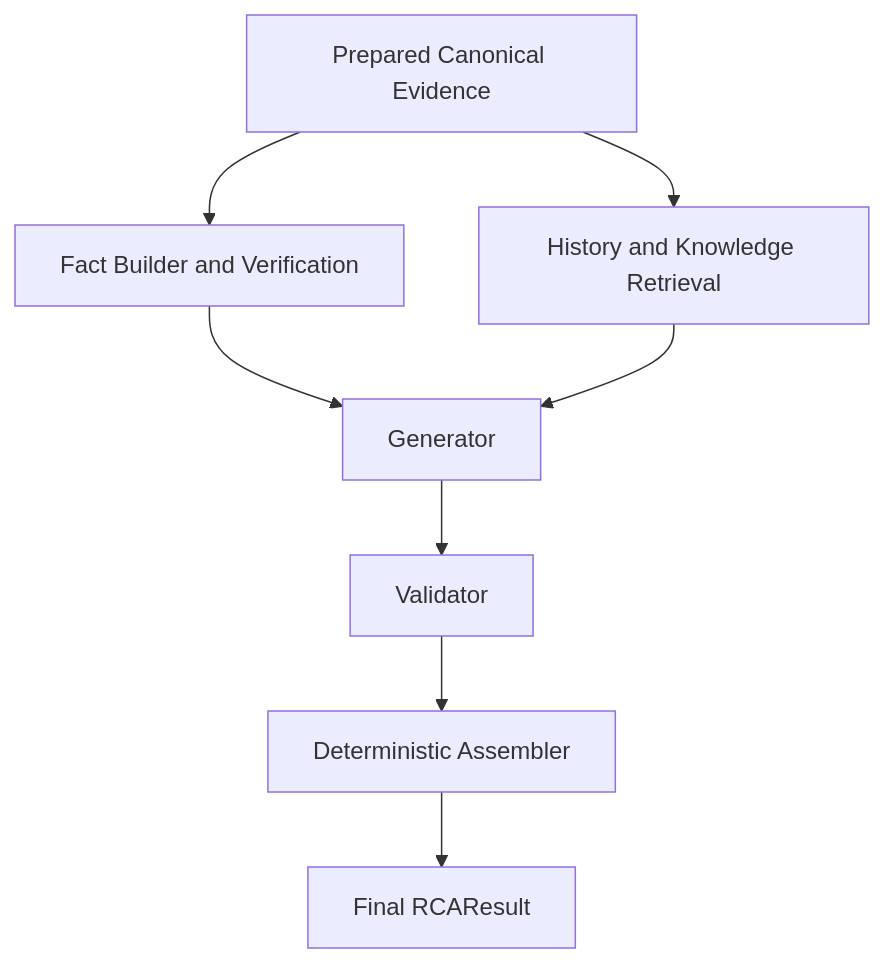
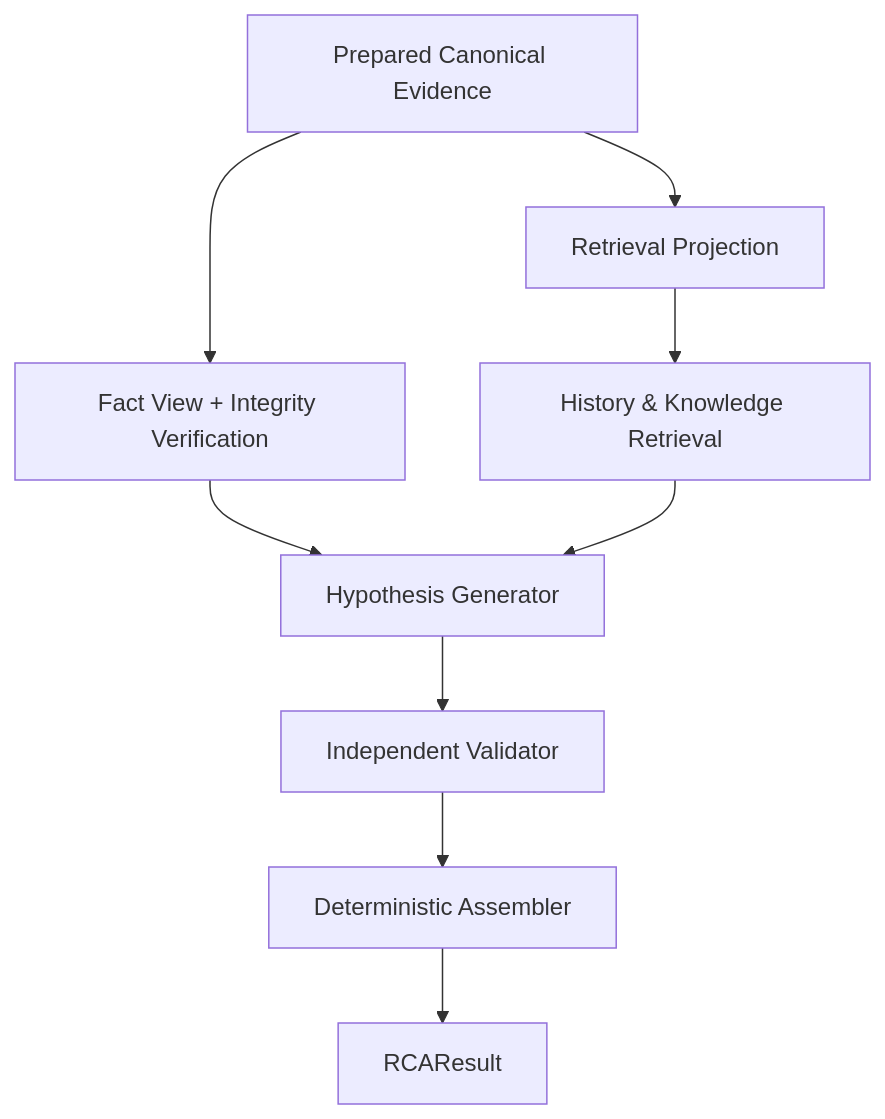
One commit to Ama2352/rca-ai changed the diagram in docs/architecture.md. Above: the diagram before and after it, drawn with Mermaid. The commit also changed other lines of this file and 33 other files, not shown here.

````diff
--- a/docs/architecture.md
+++ b/docs/architecture.md
@@ -5,15 +275,20 @@
-~~~mermaid
+```mermaid
 flowchart TD
-    A[Prepared Canonical Evidence]
-    B[Fact Builder and Verification]
-    C[History and Knowledge Retrieval]
-    D[Generator]
-    E[Validator]
-    F[Deterministic Assembler]
-    G[Final RCAResult]
-    A --> B
-    A --> C
-    B --> D
-    C --> D
-    D --> E --> F --> G
-~~~
+    input["Prepared Canonical Evidence"]
+    facts["Fact View + Integrity Verification"]
+    projection["Retrieval Projection"]
+    retrieval["History & Knowledge Retrieval"]
+    generator["Hypothesis Generator"]
+    validator["Independent Validator"]
+    assembler["Deterministic Assembler"]
+    result["RCAResult"]
+
+    input --> facts
+    input --> projection
+    projection --> retrieval
+    facts --> generator
+    retrieval --> generator
+    generator --> validator
+    validator --> assembler
+    assembler --> result
+```
````
